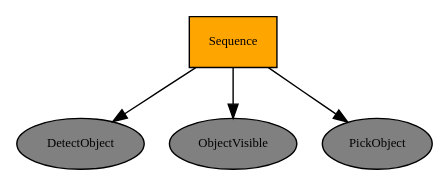
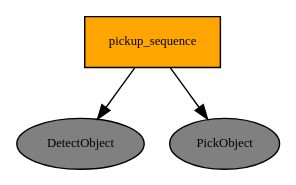
One commit to bkemp3/AgenticAI-Final-Project-Sandbox changed the diagram in Test_Env_1/outputs/trees/pickup_object.dot. Above: the diagram before and after it, drawn with Graphviz. The commit also changed 24 other files, not shown here.

```diff
--- a/Test_Env_1/outputs/trees/pickup_object.dot
+++ b/Test_Env_1/outputs/trees/pickup_object.dot
@@ -1,13 +1,11 @@
 digraph pastafarianism {
 ordering=out;
 graph [fontname="times-roman"];
 node [fontname="times-roman"];
 edge [fontname="times-roman"];
-Sequence [label=Sequence, shape=box, style=filled, fillcolor=orange, fontsize=9, fontcolor=black];
+pickup_sequence [label="pickup_sequence", shape=box, style=filled, fillcolor=orange, fontsize=9, fontcolor=black];
 DetectObject [label=DetectObject, shape=ellipse, style=filled, fillcolor=gray, fontsize=9, fontcolor=black];
-Sequence -> DetectObject;
-ObjectVisible [label=ObjectVisible, shape=ellipse, style=filled, fillcolor=gray, fontsize=9, fontcolor=black];
-Sequence -> ObjectVisible;
+pickup_sequence -> DetectObject;
 PickObject [label=PickObject, shape=ellipse, style=filled, fillcolor=gray, fontsize=9, fontcolor=black];
-Sequence -> PickObject;
+pickup_sequence -> PickObject;
 }
```
